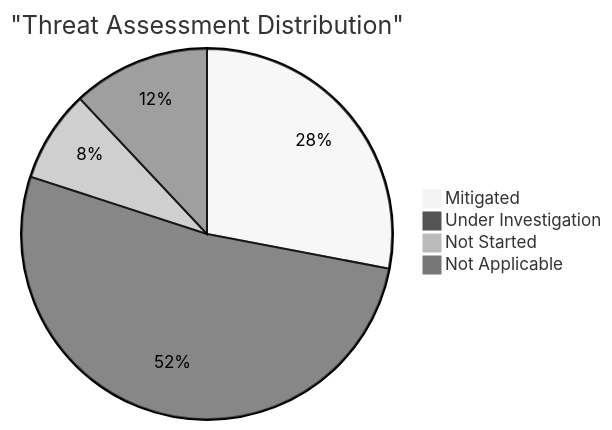
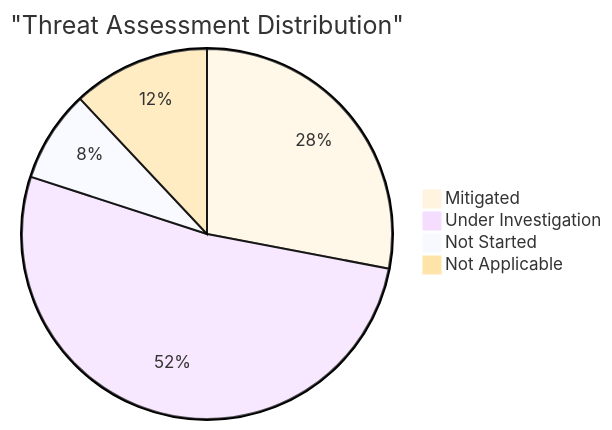
The diagram in DFD.md (gprasanthi9/Debug-Squad-Seafile), drawn with Mermaid before and after one commit.

````diff
--- a/DFD.md
+++ b/DFD.md
@@ -62,9 +62,9 @@
 ```mermaid
-%%{init: {'theme': 'neutral'}}%%
+%%{init: {'theme': 'base', 'themeVariables': { 'backgroundColor': '#ffffff' }}}%%
 pie
     title "Threat Assessment Distribution"
     "Mitigated" : 21
     "Under Investigation" : 39
     "Not Started" : 6
     "Not Applicable" : 9
 ```
````
